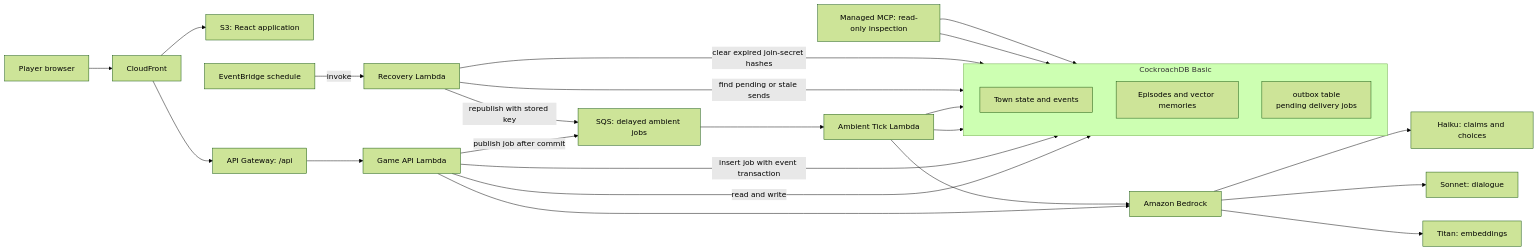
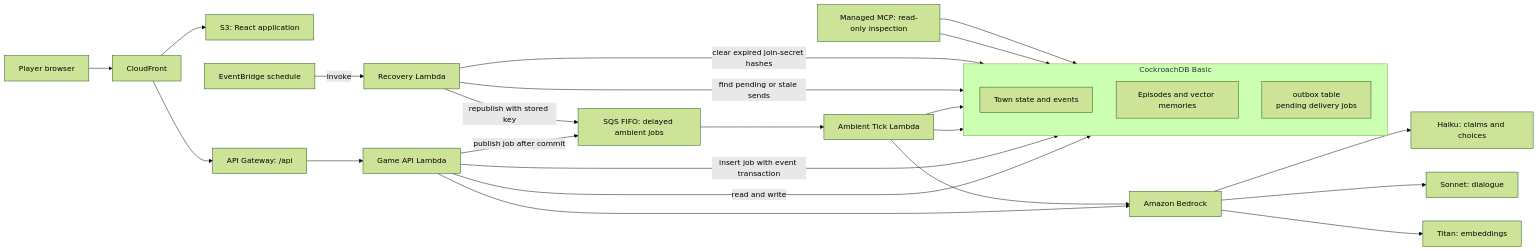
The first of 2 diagrams in docs/002-mvp-system-architecture.md (aishahsofea/the-town-remembers), drawn with Mermaid (forest theme) before and after one commit. The commit also changed other lines of this file and 6 other files, not shown here.

````diff
--- a/docs/002-mvp-system-architecture.md
+++ b/docs/002-mvp-system-architecture.md
@@ -53,35 +53,35 @@
 ```mermaid
 flowchart LR
     Player["Player browser"] --> CF["CloudFront"]
     CF --> Web["S3: React application"]
     CF --> API["API Gateway: /api"]
     API --> Game["Game API Lambda"]
 
     Game --> Bedrock["Amazon Bedrock"]
     Bedrock --> Haiku["Haiku: claims and choices"]
     Bedrock --> Sonnet["Sonnet: dialogue"]
     Bedrock --> Titan["Titan: embeddings"]
 
     subgraph CRDB["CockroachDB Basic"]
         direction TB
         State["Town state and events"]
         Memory["Episodes and vector memories"]
         Outbox["outbox table<br/>pending delivery jobs"]
     end
 
     Game -->|"read and write"| State
     Game -->|"insert job with event transaction"| Outbox
-    Game -->|"publish job after commit"| Queue["SQS: delayed ambient jobs"]
+    Game -->|"publish job after commit"| Queue["SQS FIFO: delayed ambient jobs"]
     Queue --> Tick["Ambient Tick Lambda"]
     Tick --> Bedrock
     Tick --> State
     Tick --> Memory
 
     EventBridge["EventBridge schedule"] -->|"invoke"| Recovery["Recovery Lambda"]
     Recovery -->|"find pending or stale sends"| Outbox
     Recovery -->|"clear expired join-secret hashes"| State
     Recovery -->|"republish with stored key"| Queue
 
     MCP["Managed MCP: read-only inspection"] --> State
     MCP --> Memory
 ```
````
